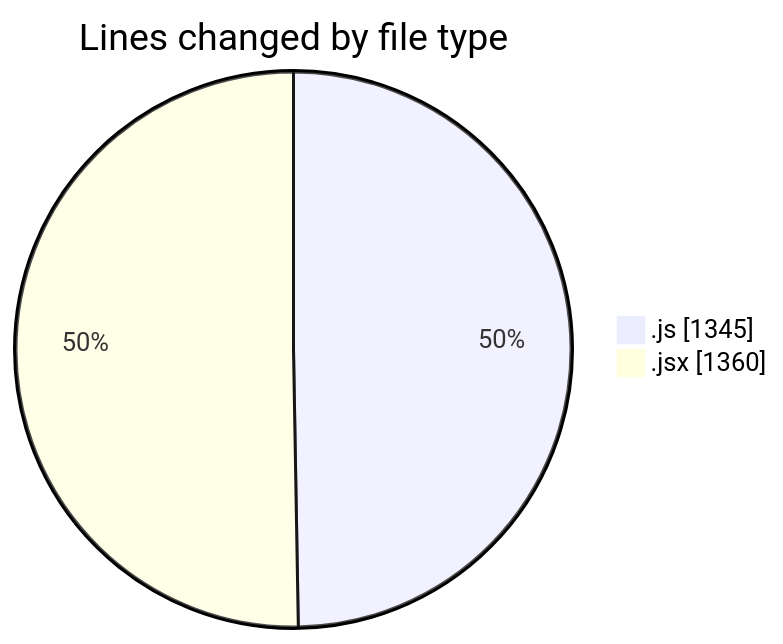
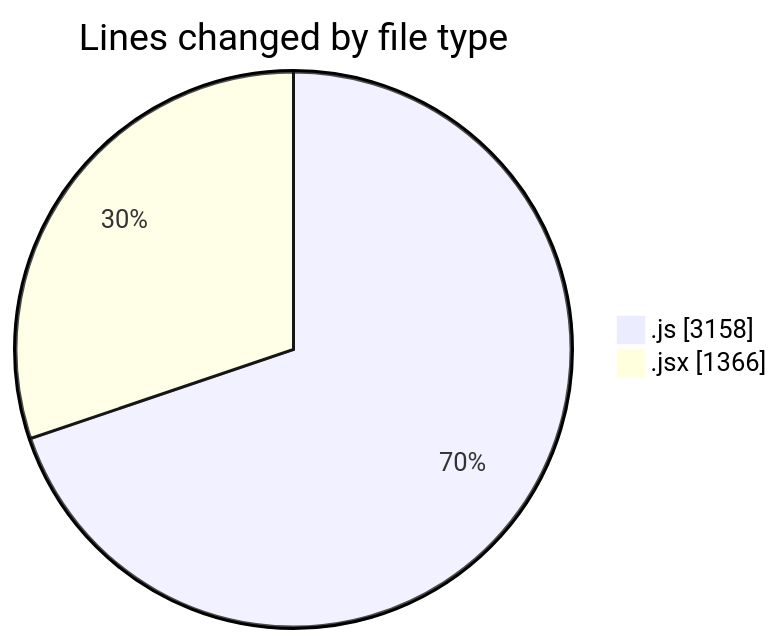
Before and after one commit to nxtqubesakshisongat/code-tracking: the first of 2 diagrams in 2025-07-23/nxtqube_webapp/README.md, drawn with Mermaid. The commit also changed other lines of this file and 1 other file, not shown here.

````diff
--- a/2025-07-23/nxtqube_webapp/README.md
+++ b/2025-07-23/nxtqube_webapp/README.md
@@ -34,6 +42,6 @@
 ```mermaid
 pie showData
 title Lines changed by file type
-".js" : 1345
-".jsx" : 1360
+".js" : 3158
+".jsx" : 1366
 ```
````
